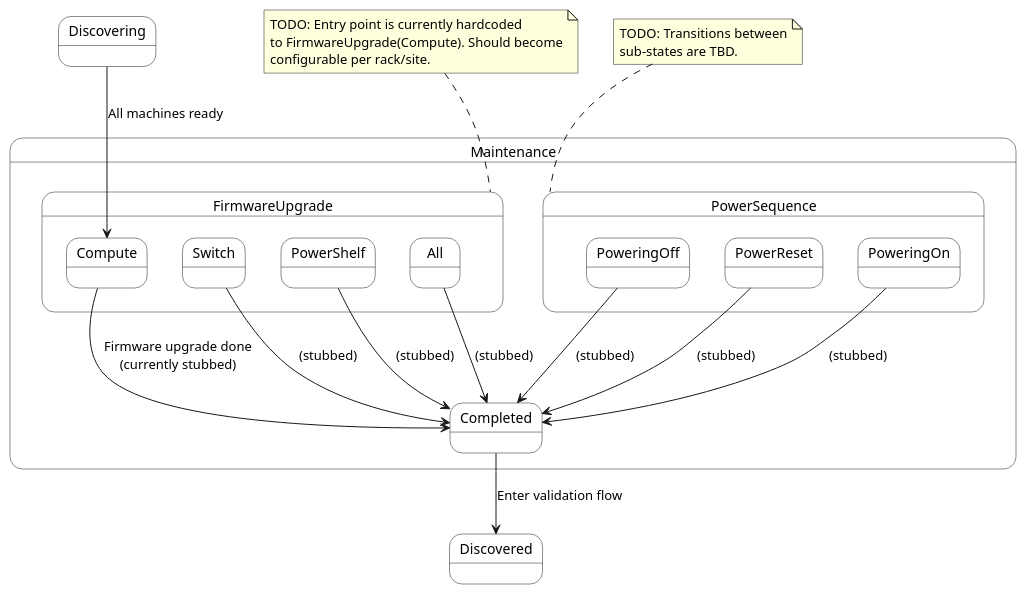
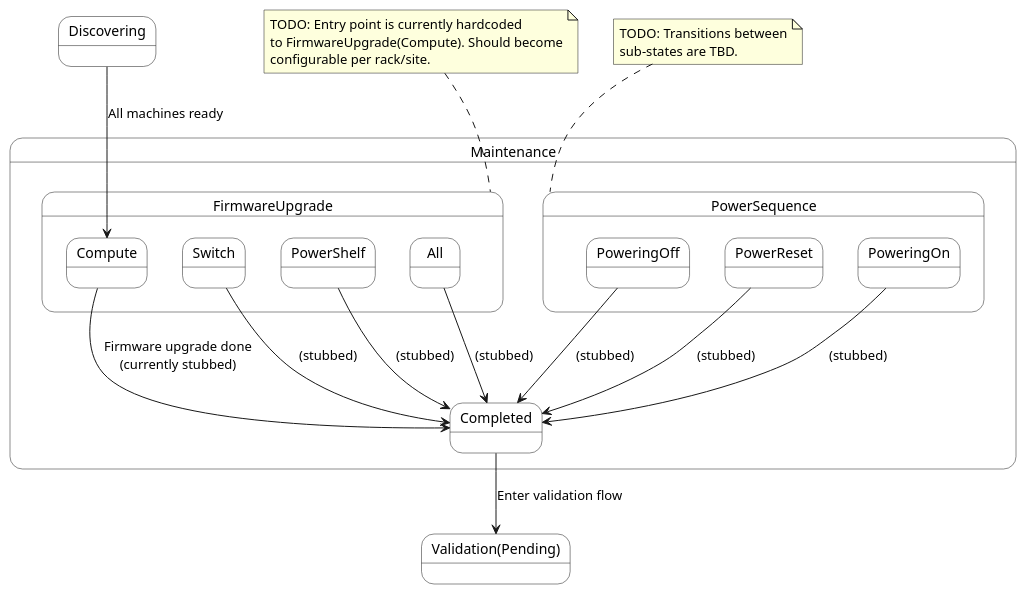
Before and after one commit to NVIDIA/bare-metal-manager-core: the second of 3 diagrams in book/src/architecture/state_machines/rack.md, drawn with PlantUML. The commit also changed other lines of this file and 4 other files, not shown here.

````diff
--- a/book/src/architecture/state_machines/rack.md
+++ b/book/src/architecture/state_machines/rack.md
@@ -91,51 +86,52 @@
 ```plantuml
 @startuml
 skinparam state {
   BackgroundColor White
 }
 
 state "Discovering" as Discovering
-state "Discovered" as Discovered
 
 state "Maintenance" as Maintenance {
   state "FirmwareUpgrade" as FW {
     state "Compute" as FW_Compute
     state "Switch" as FW_Switch
     state "PowerShelf" as FW_PS
     state "All" as FW_All
   }
 
   state "PowerSequence" as Power {
     state "PoweringOn" as POn
     state "PoweringOff" as POff
     state "PowerReset" as PReset
   }
 
   state "Completed" as Completed
 }
 
+state "Validation(Pending)" as VP
+
 Discovering --> FW_Compute : All machines ready
 
 FW_Compute --> Completed : Firmware upgrade done\n(currently stubbed)
 FW_Switch --> Completed : (stubbed)
 FW_PS --> Completed : (stubbed)
 FW_All --> Completed : (stubbed)
 
 POn --> Completed : (stubbed)
 POff --> Completed : (stubbed)
 PReset --> Completed : (stubbed)
 
-Completed --> Discovered : Enter validation flow
+Completed --> VP : Enter validation flow
 
 note top of FW
   TODO: Entry point is currently hardcoded
   to FirmwareUpgrade(Compute). Should become
   configurable per rack/site.
 end note
 
 note top of Power
   TODO: Transitions between
   sub-states are TBD.
 end note
 @enduml
 ```
````
